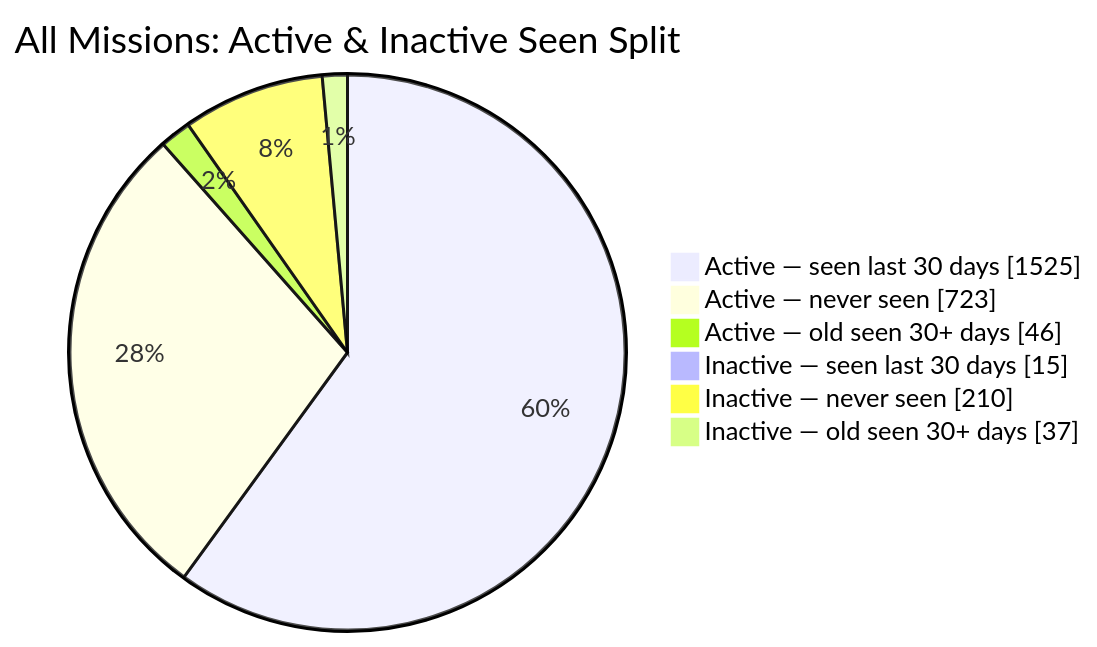
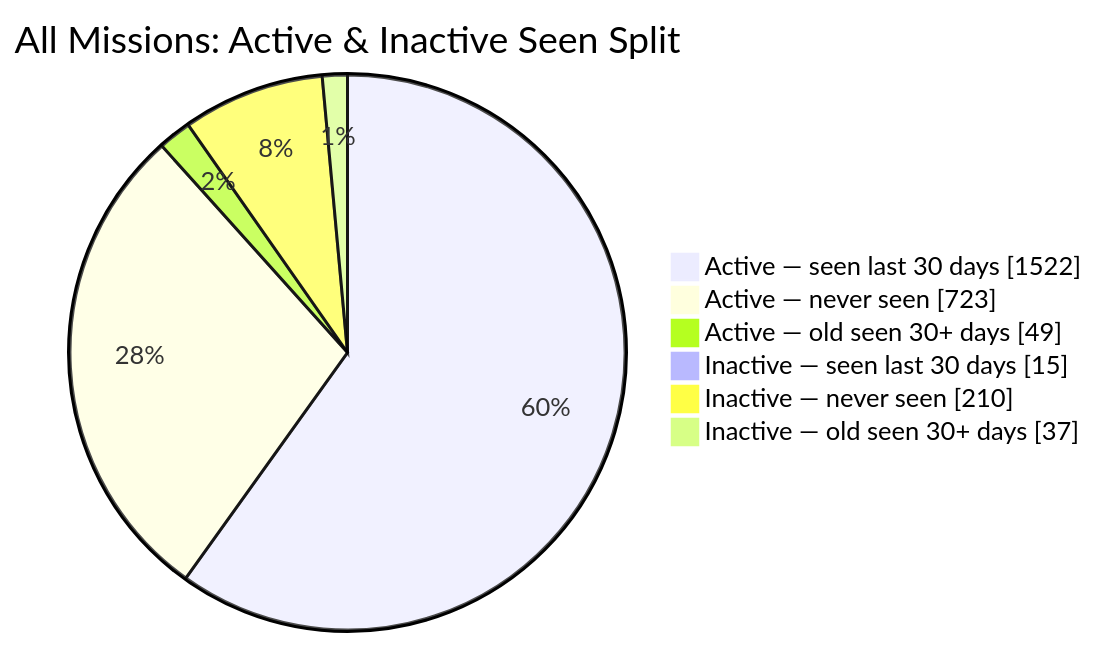
One commit to MeldkamerspelGameTeam/active-missions changed the second of 2 diagrams in README.md. Above: the diagram before and after it, drawn with Mermaid. The commit also changed other lines of this file and 3 other files, not shown here.

````diff
--- a/README.md
+++ b/README.md
@@ -44,10 +44,10 @@
 ```mermaid
 pie showData
     title All Missions: Active & Inactive Seen Split
-    "Active — seen last 30 days" : 1525
+    "Active — seen last 30 days" : 1522
     "Active — never seen" : 723
-    "Active — old seen 30+ days" : 46
+    "Active — old seen 30+ days" : 49
     "Inactive — seen last 30 days" : 15
     "Inactive — never seen" : 210
     "Inactive — old seen 30+ days" : 37
 ```
````
